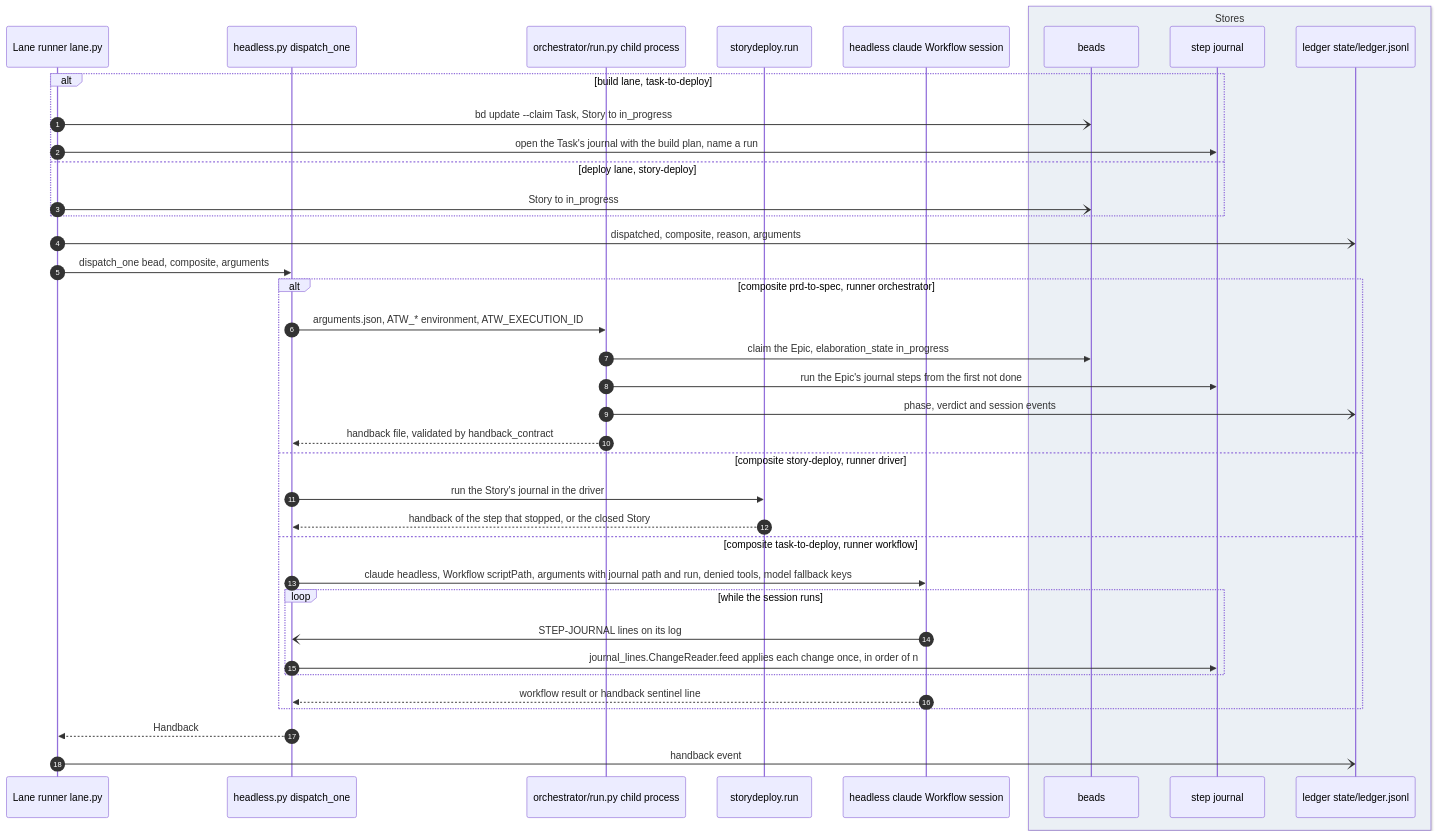
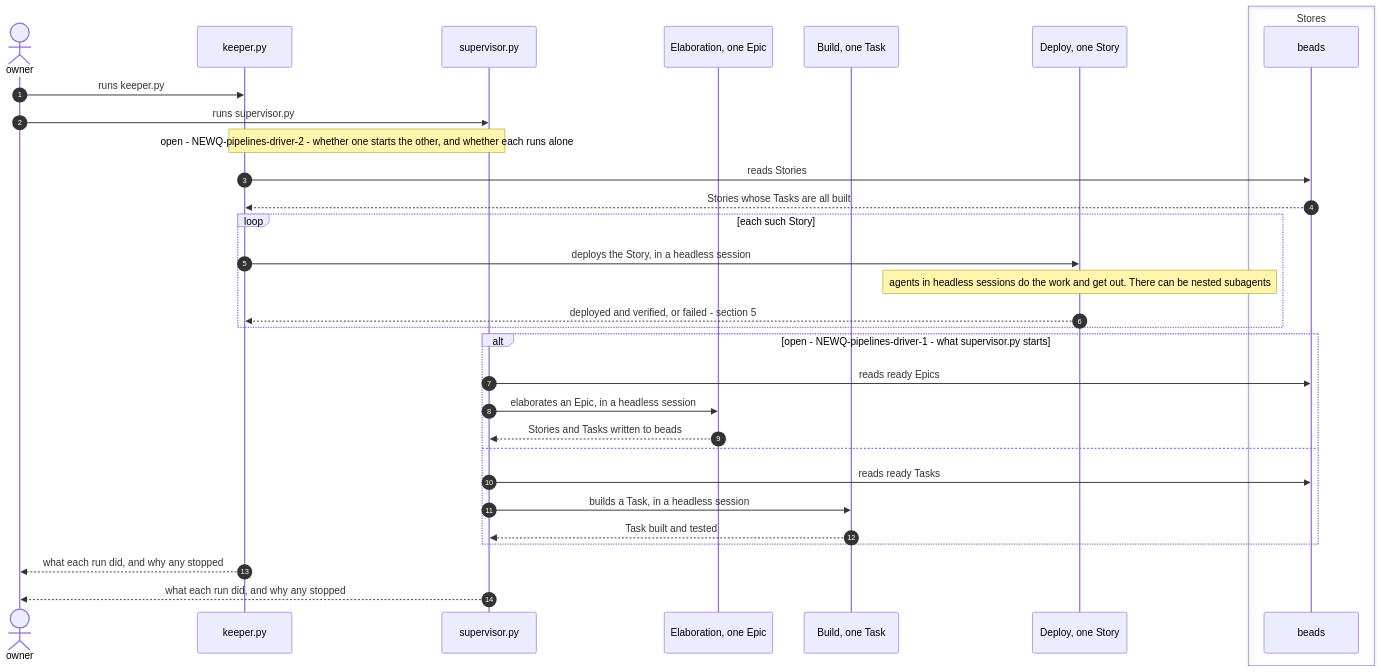
The first of 8 diagrams in plugins/agent-teams-workforce/blueprint/design/pipelines-driver.md (mark-satterfield/toolset), drawn with Mermaid before and after one commit. The commit also changed other lines of this file and 1 other file, not shown here.

First line of the commit message:
docs(blueprint): start the pipeline overview and driver diagrams at keeper.py and supervisor.py

````diff
--- a/plugins/agent-teams-workforce/blueprint/design/pipelines-driver.md
+++ b/plugins/agent-teams-workforce/blueprint/design/pipelines-driver.md
@@ -183,41 +54,35 @@
 ```mermaid
 sequenceDiagram
-  autonumber
-  participant LN as Lane runner lane.py
-  participant HL as headless.py dispatch_one
-  participant OR as orchestrator/run.py child process
-  participant SD as storydeploy.run
-  participant WS as headless claude Workflow session
-  box rgb(235,240,245) Stores
-    participant BDS as beads
-    participant JRN as step journal
-    participant LED as ledger state/ledger.jsonl
-  end
-  alt build lane, task-to-deploy
-    LN-)BDS: bd update --claim Task, Story to in_progress
-    LN->>JRN: open the Task's journal with the build plan, name a run
-  else deploy lane, story-deploy
-    LN-)BDS: Story to in_progress
-  end
-  LN-)LED: dispatched, composite, reason, arguments
-  LN->>HL: dispatch_one bead, composite, arguments
-  alt composite prd-to-spec, runner orchestrator
-    HL->>OR: arguments.json, ATW_* environment, ATW_EXECUTION_ID
-    OR->>BDS: claim the Epic, elaboration_state in_progress
-    OR->>JRN: run the Epic's journal steps from the first not done
-    OR-)LED: phase, verdict and session events
-    OR-->>HL: handback file, validated by handback_contract
-  else composite story-deploy, runner driver
-    HL->>SD: run the Story's journal in the driver
-    SD-->>HL: handback of the step that stopped, or the closed Story
-  else composite task-to-deploy, runner workflow
-    HL->>WS: claude headless, Workflow scriptPath, arguments with journal path and run, denied tools, model fallback keys
-    loop while the session runs
-      WS-)HL: STEP-JOURNAL lines on its log
-      HL->>JRN: journal_lines.ChangeReader.feed applies each change once, in order of n
+    autonumber
+    actor O as owner
+    participant K as keeper.py
+    participant S as supervisor.py
+    participant EL as Elaboration, one Epic
+    participant BU as Build, one Task
+    participant DE as Deploy, one Story
+    box Stores
+        participant BD as beads
     end
-    WS-->>HL: workflow result or handback sentinel line
-  end
-  HL-->>LN: Handback
-  LN-)LED: handback event
+
+    O->>K: runs keeper.py
+    O->>S: runs supervisor.py
+    Note over K,S: open - NEWQ-pipelines-driver-2 - whether one starts the other, and whether each runs alone
+    K->>BD: reads Stories
+    BD-->>K: Stories whose Tasks are all built
+    loop each such Story
+        K->>DE: deploys the Story, in a headless session
+        Note over DE: agents in headless sessions do the work and get out. There can be nested subagents
+        DE-->>K: deployed and verified, or failed - section 5
+    end
+    alt open - NEWQ-pipelines-driver-1 - what supervisor.py starts
+        S->>BD: reads ready Epics
+        S->>EL: elaborates an Epic, in a headless session
+        EL-->>S: Stories and Tasks written to beads
+    else
+        S->>BD: reads ready Tasks
+        S->>BU: builds a Task, in a headless session
+        BU-->>S: Task built and tested
+    end
+    K-->>O: what each run did, and why any stopped
+    S-->>O: what each run did, and why any stopped
 ```
````
